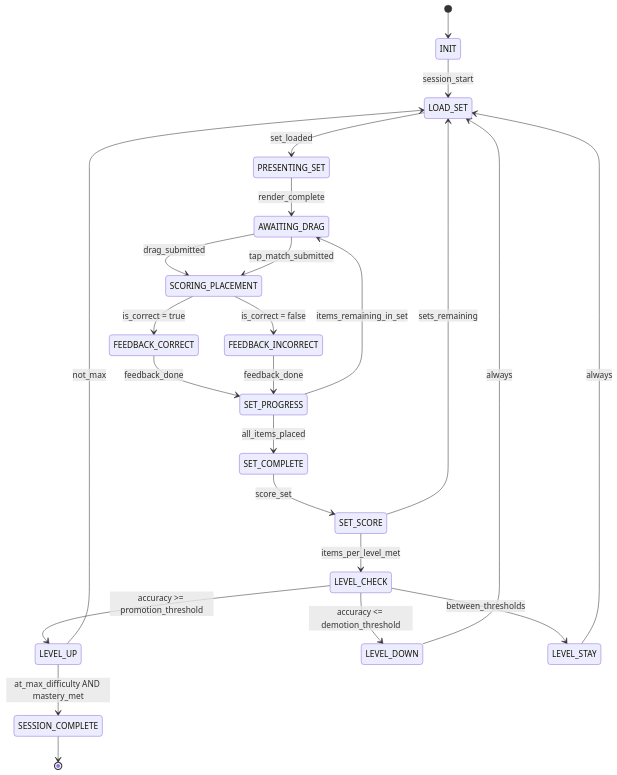
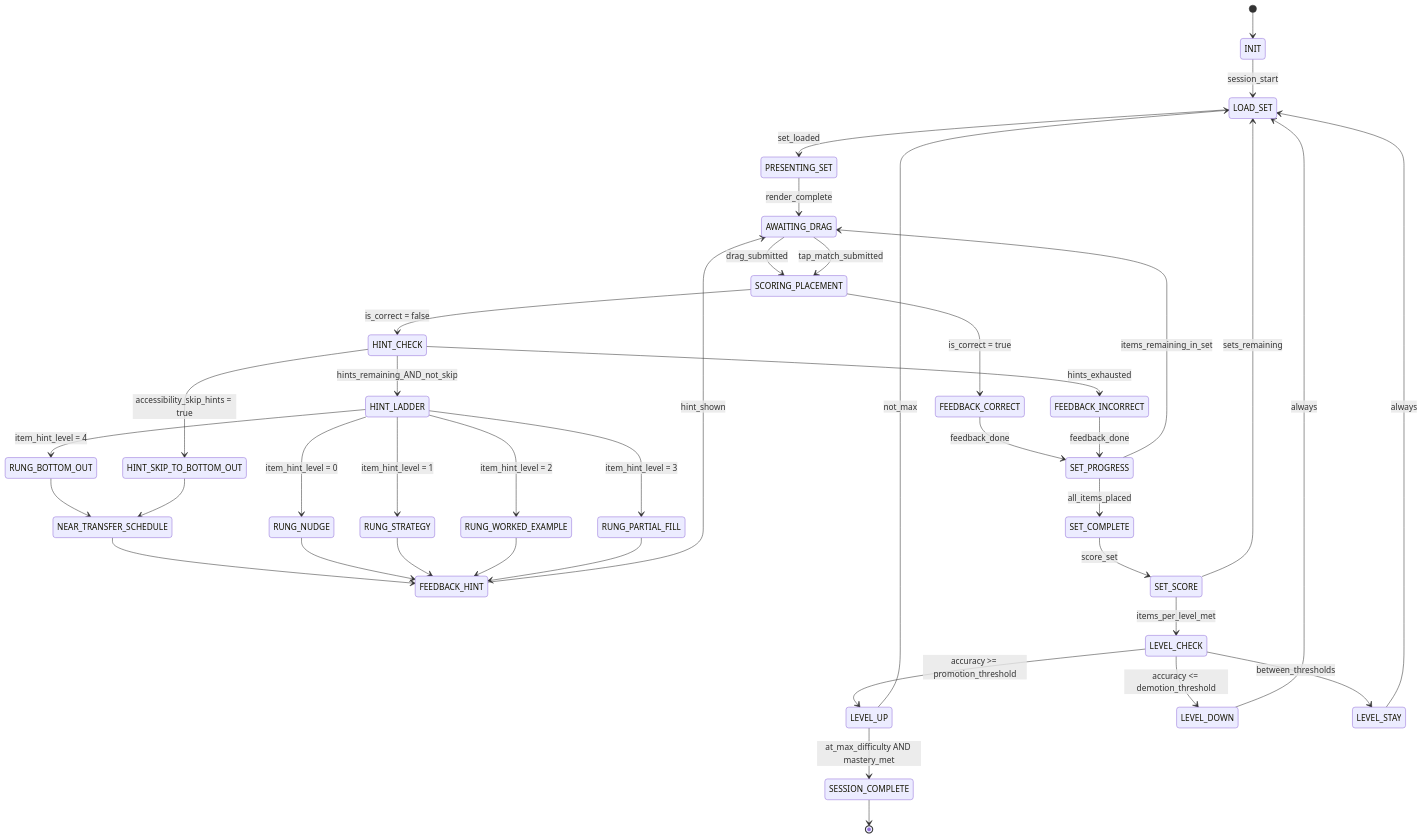
The diagram in docs/engines/match-sort-classify.md (rcmiller01/AI_Tutor), drawn with Mermaid before and after one commit. The commit also changed other lines of this file and 43 other files, not shown here.

````diff
--- a/docs/engines/match-sort-classify.md
+++ b/docs/engines/match-sort-classify.md
@@ -11,26 +14,53 @@
 ```mermaid
 stateDiagram-v2
     [*] --> INIT
     INIT --> LOAD_SET : session_start
     LOAD_SET --> PRESENTING_SET : set_loaded
     PRESENTING_SET --> AWAITING_DRAG : render_complete
+
     AWAITING_DRAG --> SCORING_PLACEMENT : drag_submitted
     AWAITING_DRAG --> SCORING_PLACEMENT : tap_match_submitted
+
     SCORING_PLACEMENT --> FEEDBACK_CORRECT : is_correct = true
-    SCORING_PLACEMENT --> FEEDBACK_INCORRECT : is_correct = false
+    SCORING_PLACEMENT --> HINT_CHECK : is_correct = false
+
+    HINT_CHECK --> HINT_LADDER : hints_remaining_AND_not_skip
+    HINT_CHECK --> HINT_SKIP_TO_BOTTOM_OUT : accessibility_skip_hints = true
+    HINT_CHECK --> FEEDBACK_INCORRECT : hints_exhausted
+
+    HINT_LADDER --> RUNG_NUDGE : item_hint_level = 0
+    HINT_LADDER --> RUNG_STRATEGY : item_hint_level = 1
+    HINT_LADDER --> RUNG_WORKED_EXAMPLE : item_hint_level = 2
+    HINT_LADDER --> RUNG_PARTIAL_FILL : item_hint_level = 3
+    HINT_LADDER --> RUNG_BOTTOM_OUT : item_hint_level = 4
+
+    RUNG_BOTTOM_OUT --> NEAR_TRANSFER_SCHEDULE
+    HINT_SKIP_TO_BOTTOM_OUT --> NEAR_TRANSFER_SCHEDULE
+    NEAR_TRANSFER_SCHEDULE --> FEEDBACK_HINT
+
+    RUNG_NUDGE --> FEEDBACK_HINT
+    RUNG_STRATEGY --> FEEDBACK_HINT
+    RUNG_WORKED_EXAMPLE --> FEEDBACK_HINT
+    RUNG_PARTIAL_FILL --> FEEDBACK_HINT
+
+    FEEDBACK_HINT --> AWAITING_DRAG : hint_shown
     FEEDBACK_CORRECT --> SET_PROGRESS : feedback_done
     FEEDBACK_INCORRECT --> SET_PROGRESS : feedback_done
+
     SET_PROGRESS --> AWAITING_DRAG : items_remaining_in_set
     SET_PROGRESS --> SET_COMPLETE : all_items_placed
+
     SET_COMPLETE --> SET_SCORE : score_set
     SET_SCORE --> LEVEL_CHECK : items_per_level_met
     SET_SCORE --> LOAD_SET : sets_remaining
+
     LEVEL_CHECK --> LEVEL_UP : accuracy >= promotion_threshold
     LEVEL_CHECK --> LEVEL_DOWN : accuracy <= demotion_threshold
     LEVEL_CHECK --> LEVEL_STAY : between_thresholds
+
     LEVEL_UP --> SESSION_COMPLETE : at_max_difficulty AND mastery_met
     LEVEL_UP --> LOAD_SET : not_max
     LEVEL_DOWN --> LOAD_SET : always
     LEVEL_STAY --> LOAD_SET : always
     SESSION_COMPLETE --> [*]
 ```
````
